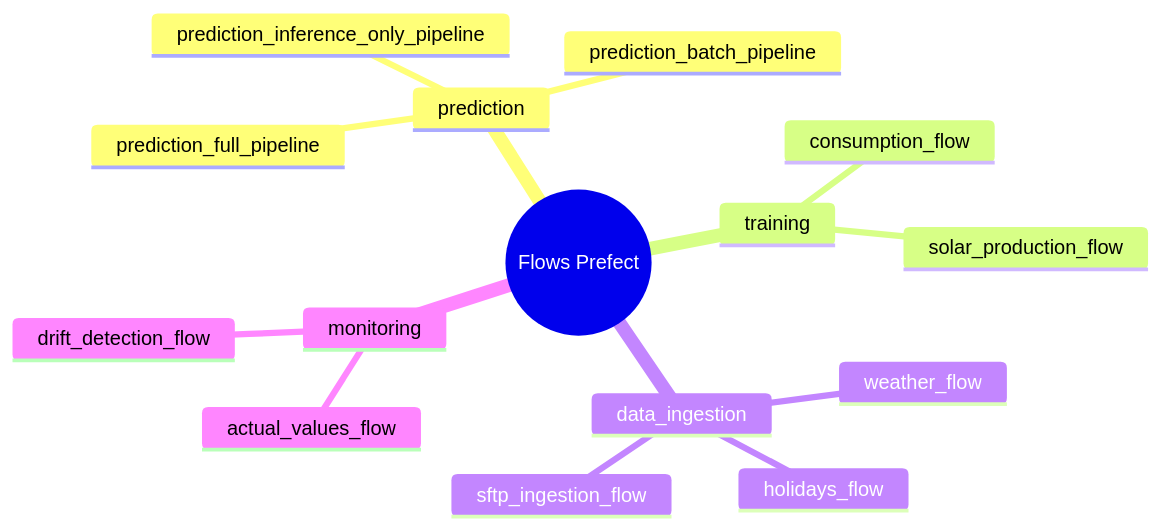
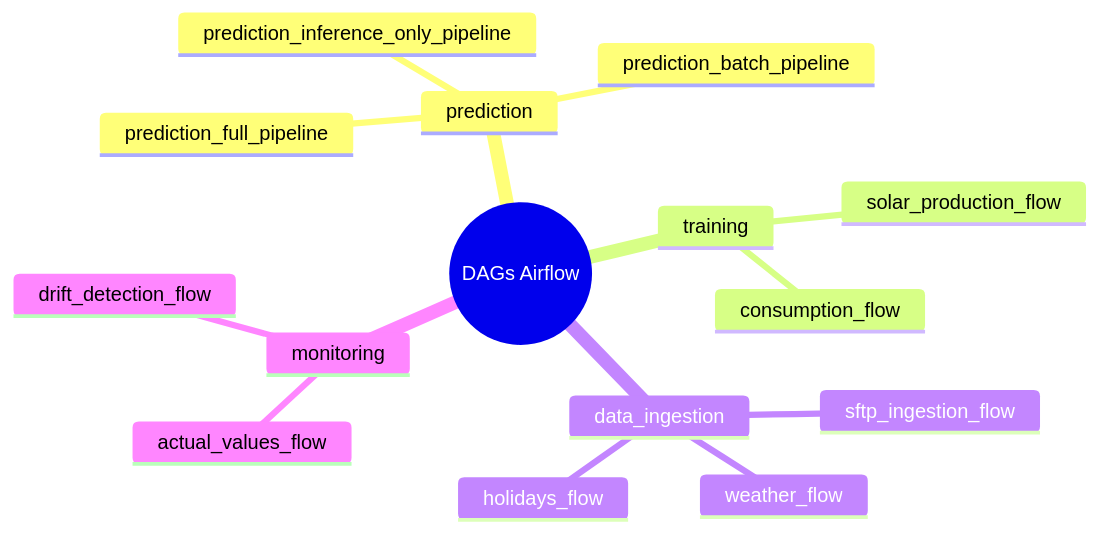
One commit to jinsudai/jinsudai changed diagram 20 of 21 in docs/ARCHITECTURE_MLOPS.md. Above: the diagram before and after it, drawn with Mermaid. The commit also changed other lines of this file and 12 other files, not shown here.

````diff
--- a/docs/ARCHITECTURE_MLOPS.md
+++ b/docs/ARCHITECTURE_MLOPS.md
@@ -714,18 +706,18 @@
 ```mermaid
 mindmap
-  root((Flows Prefect))
+  root((DAGs Airflow))
     prediction
       prediction_full_pipeline
       prediction_inference_only_pipeline
       prediction_batch_pipeline
     training
       consumption_flow
       solar_production_flow
     data_ingestion
       weather_flow
       holidays_flow
       sftp_ingestion_flow
     monitoring
       actual_values_flow
       drift_detection_flow
 ```
````
